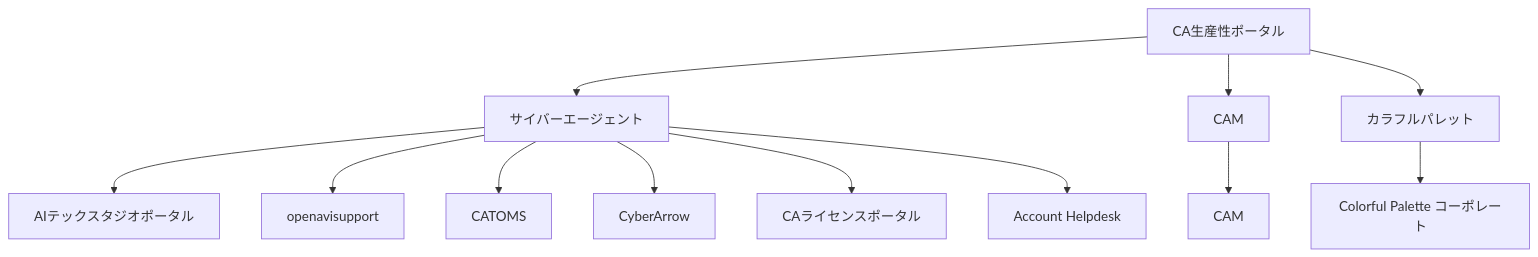
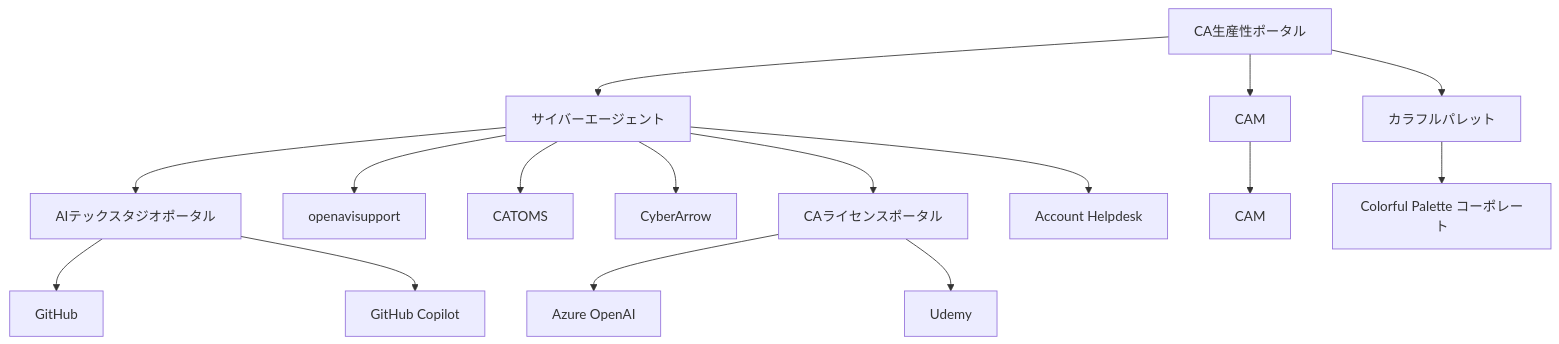
Before and after one commit to gunta/talks: the diagram in minutes/2024-10-04/slides.md, drawn with Mermaid. The commit also changed other lines of this file and 4 other files, not shown here.

````diff
--- a/minutes/2024-10-04/slides.md
+++ b/minutes/2024-10-04/slides.md
@@ -100,15 +138,20 @@
 ```mermaid
 graph TD
     A[CA生産性ポータル]
     A --> CA[サイバーエージェント]
     A --> CAM[CAM]
     A --> CP[カラフルパレット]
     CA --> B[AIテックスタジオポータル]
     CA --> C[openavisupport]
     CA --> D[CATOMS]
     CA --> E[CyberArrow]
     CA --> F[CAライセンスポータル]
     CA --> G[Account Helpdesk]
     CAM --> H[CAM]
     CP --> I[Colorful Palette コーポレート]
+    
+    B --> T1[GitHub]
+    B --> T2[GitHub Copilot]
+    F --> F1[Azure OpenAI]
+    F --> F2[Udemy]
 ```
````
